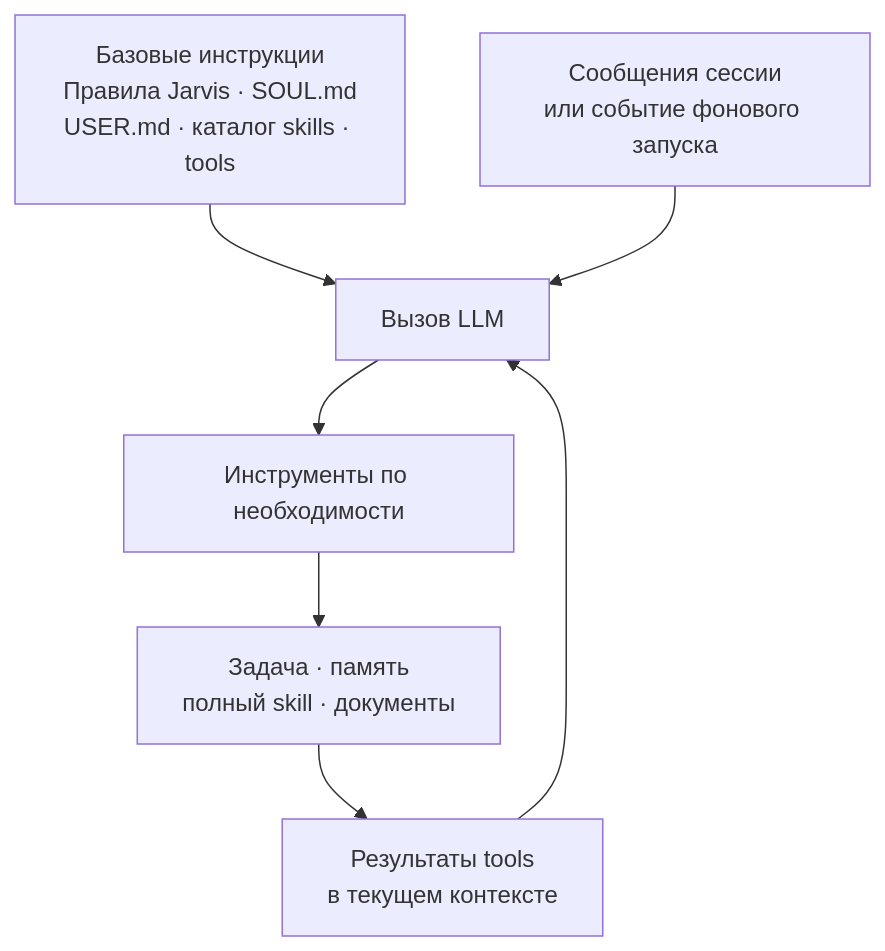
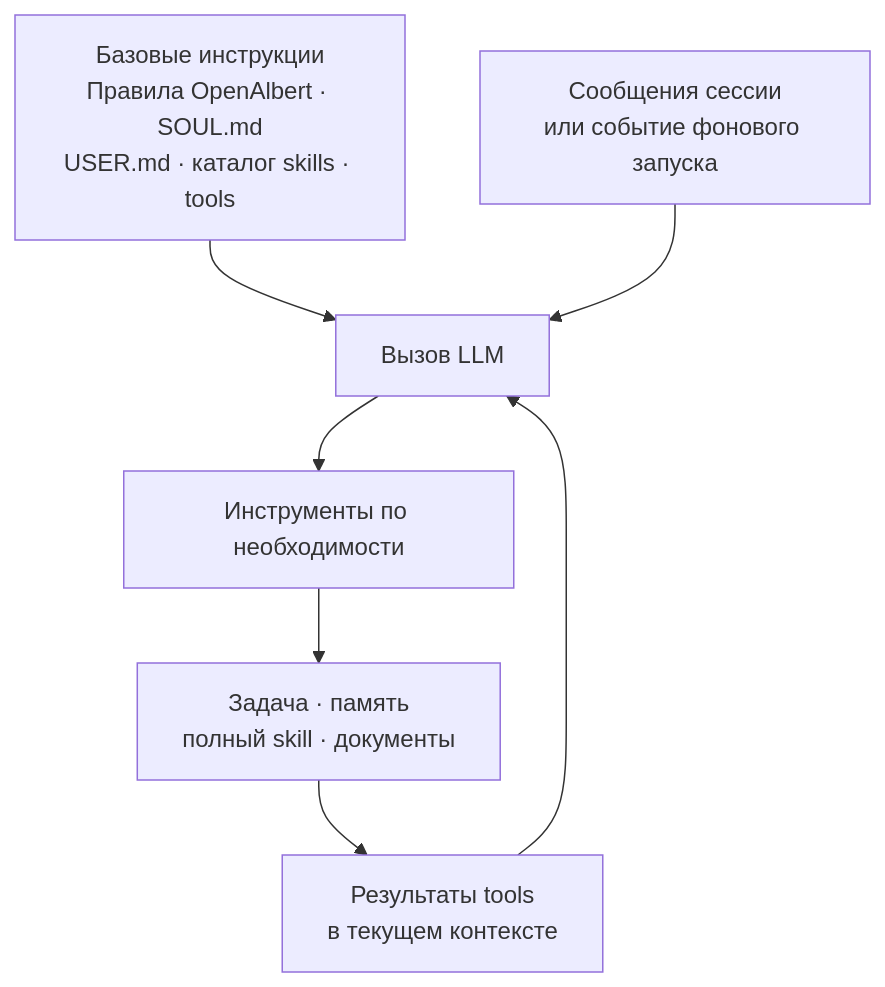
Before and after one commit to mishankov/OpenAlbert: the diagram in docs/diagrams/prompt-context.mmd, drawn with Mermaid. The commit also changed 144 other files, not shown here.

Commit message:
Prepare OpenAlbert CI, multi-platform images and deployment

```diff
--- a/docs/diagrams/prompt-context.mmd
+++ b/docs/diagrams/prompt-context.mmd
@@ -1,10 +1,10 @@
 flowchart TD
     accTitle: Сборка контекста
     accDescr: Базовые инструкции и сообщения подаются модели, а задачи, память, навыки и документы загружаются через инструменты.
-    Base["Базовые инструкции<br/>Правила Jarvis · SOUL.md<br/>USER.md · каталог skills · tools"]
+    Base["Базовые инструкции<br/>Правила OpenAlbert · SOUL.md<br/>USER.md · каталог skills · tools"]
     Base --> LLM["Вызов LLM"]
     Events["Сообщения сессии<br/>или событие фонового запуска"] --> LLM
     LLM --> Calls["Инструменты по необходимости"]
     Calls --> Data["Задача · память<br/>полный skill · документы"]
     Data --> Context["Результаты tools<br/>в текущем контексте"]
     Context --> LLM
```
